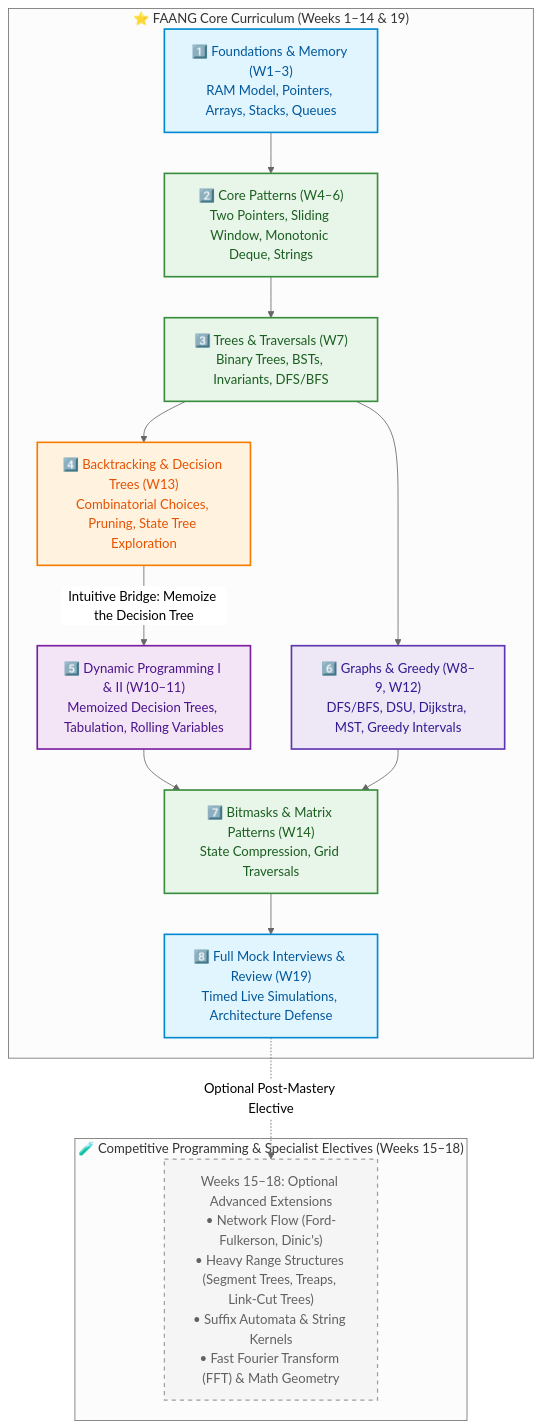
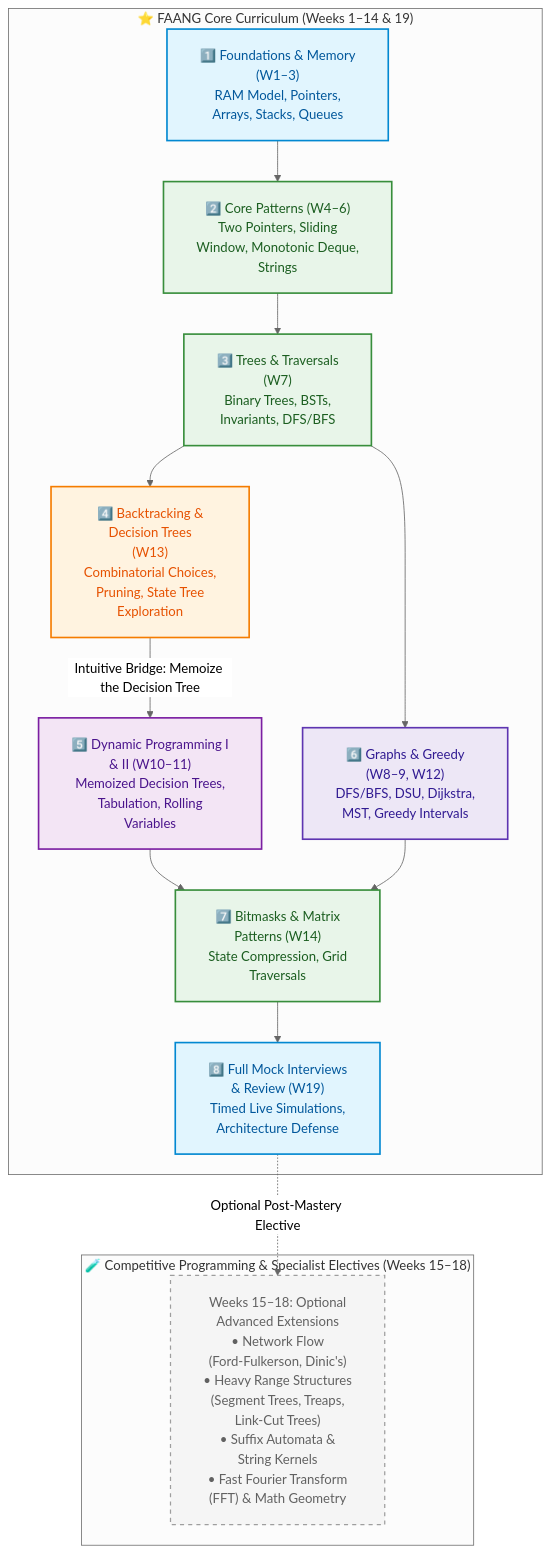
The diagram in COMPLETE_SYLLABUS.md (dip4k/DSA_102), drawn with Mermaid (neutral theme) before and after one commit. The commit also changed 108 other files, not shown here.

First line of the commit message:
fix(mermaid): resolve diagram clipping, padding, and syntax issues across repo

````diff
--- a/COMPLETE_SYLLABUS.md
+++ b/COMPLETE_SYLLABUS.md
@@ -47,33 +47,34 @@
 ```mermaid
+%%{init: {"flowchart": {"htmlLabels": true, "padding": 20}}}%%
 flowchart TD
     classDef foundation fill:#e1f5fe,stroke:#0288d1,color:#01579b,stroke-width:2px;
     classDef core fill:#e8f5e9,stroke:#388e3c,color:#1b5e20,stroke-width:2px;
     classDef bridge fill:#fff3e0,stroke:#f57c00,color:#e65100,stroke-width:2px;
     classDef dp fill:#f3e5f5,stroke:#7b1fa2,color:#4a148c,stroke-width:2px;
     classDef graphTopic fill:#ede7f6,stroke:#5e35b1,color:#311b92,stroke-width:2px;
     classDef elective fill:#f5f5f5,stroke:#9e9e9e,color:#616161,stroke-width:1.5px,stroke-dasharray: 5 5;
 
     subgraph Tier1["⭐ FAANG Core Curriculum (Weeks 1–14 & 19)"]
-        F["1️⃣ Foundations & Memory (W1–3)<br/>RAM Model, Pointers, Arrays, Stacks, Queues"]:::foundation
-        P["2️⃣ Core Patterns (W4–6)<br/>Two Pointers, Sliding Window, Monotonic Deque, Strings"]:::core
-        T["3️⃣ Trees & Traversals (W7)<br/>Binary Trees, BSTs, Invariants, DFS/BFS"]:::core
-        BT["4️⃣ Backtracking & Decision Trees (W13)<br/>Combinatorial Choices, Pruning, State Tree Exploration"]:::bridge
-        DP["5️⃣ Dynamic Programming I & II (W10–11)<br/>Memoized Decision Trees, Tabulation, Rolling Variables"]:::dp
-        G["6️⃣ Graphs & Greedy (W8–9, W12)<br/>DFS/BFS, DSU, Dijkstra, MST, Greedy Intervals"]:::graphTopic
-        M["7️⃣ Bitmasks & Matrix Patterns (W14)<br/>State Compression, Grid Traversals"]:::core
-        Mock["8️⃣ Full Mock Interviews & Review (W19)<br/>Timed Live Simulations, Architecture Defense"]:::foundation
+        F["1️⃣ Foundations & Memory<br/>(W1–3)<br/>RAM Model, Pointers,<br/>Arrays, Stacks, Queues"]:::foundation
+        P["2️⃣ Core Patterns (W4–6)<br/>Two Pointers, Sliding<br/>Window, Monotonic Deque,<br/>Strings"]:::core
+        T["3️⃣ Trees & Traversals<br/>(W7)<br/>Binary Trees, BSTs,<br/>Invariants, DFS/BFS"]:::core
+        BT["4️⃣ Backtracking &<br/>Decision Trees<br/>(W13)<br/>Combinatorial Choices,<br/>Pruning, State Tree<br/>Exploration"]:::bridge
+        DP["5️⃣ Dynamic Programming I<br/>& II (W10–11)<br/>Memoized Decision Trees,<br/>Tabulation, Rolling<br/>Variables"]:::dp
+        G["6️⃣ Graphs & Greedy<br/>(W8–9, W12)<br/>DFS/BFS, DSU, Dijkstra,<br/>MST, Greedy Intervals"]:::graphTopic
+        M["7️⃣ Bitmasks & Matrix<br/>Patterns (W14)<br/>State Compression, Grid<br/>Traversals"]:::core
+        Mock["8️⃣ Full Mock Interviews<br/>& Review (W19)<br/>Timed Live Simulations,<br/>Architecture Defense"]:::foundation
 
         F --> P --> T --> BT
         BT -->|Intuitive Bridge: Memoize the Decision Tree| DP
         T --> G
         DP --> M
         G --> M
         M --> Mock
     end
 
     subgraph Tier2["🧪 Competitive Programming & Specialist Electives (Weeks 15–18)"]
-        E["Weeks 15–18: Optional Advanced Extensions<br/>• Network Flow (Ford-Fulkerson, Dinic's)<br/>• Heavy Range Structures (Segment Trees, Treaps, Link-Cut Trees)<br/>• Suffix Automata & String Kernels<br/>• Fast Fourier Transform (FFT) & Math Geometry"]:::elective
+        E["Weeks 15–18: Optional<br/>Advanced Extensions<br/>• Network Flow<br/>(Ford-Fulkerson, Dinic's)<br/>• Heavy Range Structures<br/>(Segment Trees, Treaps,<br/>Link-Cut Trees)<br/>• Suffix Automata &<br/>String Kernels<br/>• Fast Fourier Transform<br/>(FFT) & Math Geometry"]:::elective
     end
 
     Mock -.->|Optional Post-Mastery Elective| E
 ```
````
